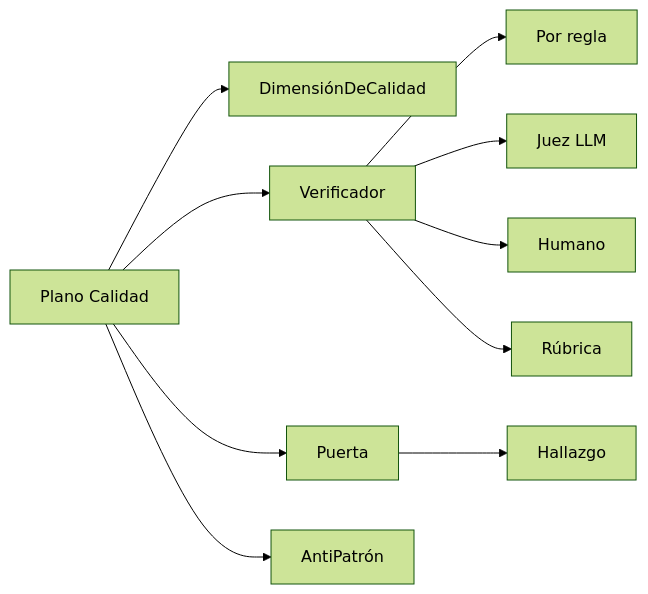
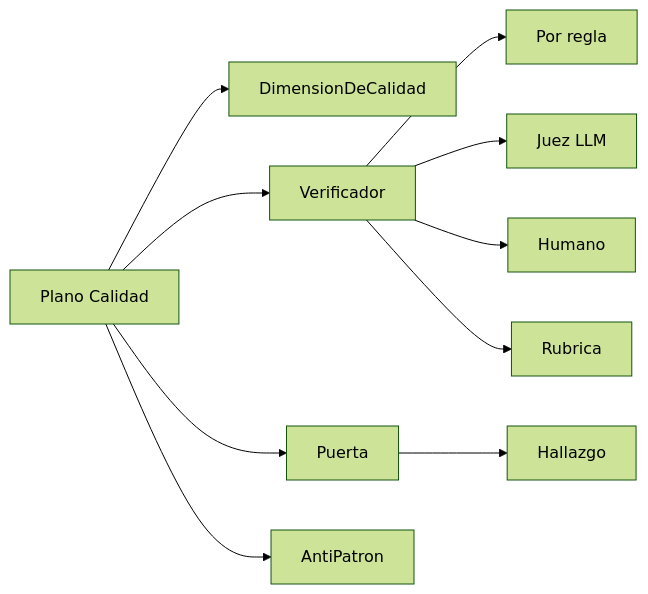
The sixth of 9 diagrams in Docs/domain-knowledge.md (SantiagoEspinosa-ai/My_novel_story), drawn with Mermaid (forest theme) before and after one commit. The commit also changed other lines of this file and 5 other files, not shown here.

````diff
--- a/Docs/domain-knowledge.md
+++ b/Docs/domain-knowledge.md
@@ -103,13 +103,13 @@
 ```mermaid
 flowchart LR
   P5["Plano Calidad"]
-  P5 --> Q1["DimensiónDeCalidad"]
+  P5 --> Q1["DimensionDeCalidad"]
   P5 --> Q2["Verificador"]
   P5 --> Q3["Puerta"]
-  P5 --> Q4["AntiPatrón"]
+  P5 --> Q4["AntiPatron"]
   Q2 --> V1["Por regla"]
   Q2 --> V2["Juez LLM"]
   Q2 --> V3["Humano"]
-  Q2 --> V4["Rúbrica"]
+  Q2 --> V4["Rubrica"]
   Q3 --> G1["Hallazgo"]
 ```
````
